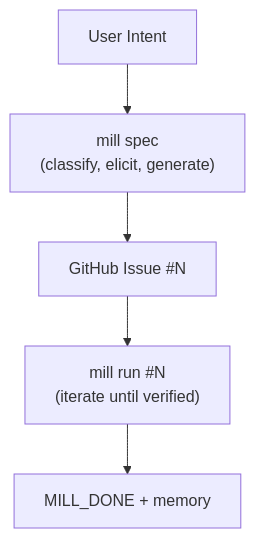
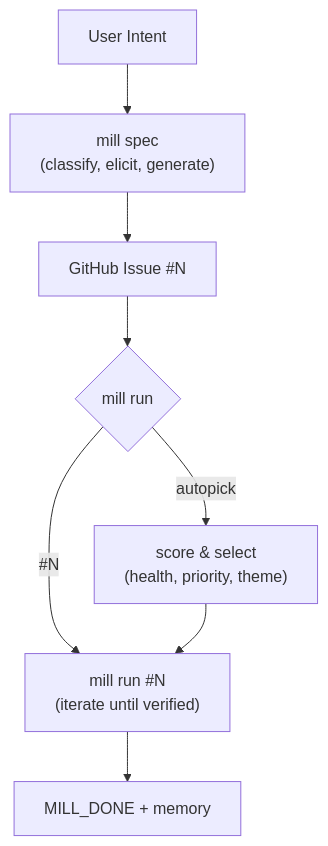
One commit to mindrevolution/mill changed the diagram in AGENTS.md. Above: the diagram before and after it, drawn with Mermaid. The commit also changed other lines of this file and 5 other files, not shown here.

````diff
--- a/AGENTS.md
+++ b/AGENTS.md
@@ -81,7 +90,10 @@
 ```mermaid
 flowchart TD
     A[User Intent] --> B["mill spec<br>(classify, elicit, generate)"]
     B --> C["GitHub Issue #N"]
-    C --> D["mill run #N<br>(iterate until verified)"]
-    D --> E[MILL_DONE + memory]
+    C --> D{"mill run"}
+    D -->|"#N"| E["mill run #N<br>(iterate until verified)"]
+    D -->|"autopick"| F["score & select<br>(health, priority, theme)"]
+    F --> E
+    E --> G[MILL_DONE + memory]
 ```
````
